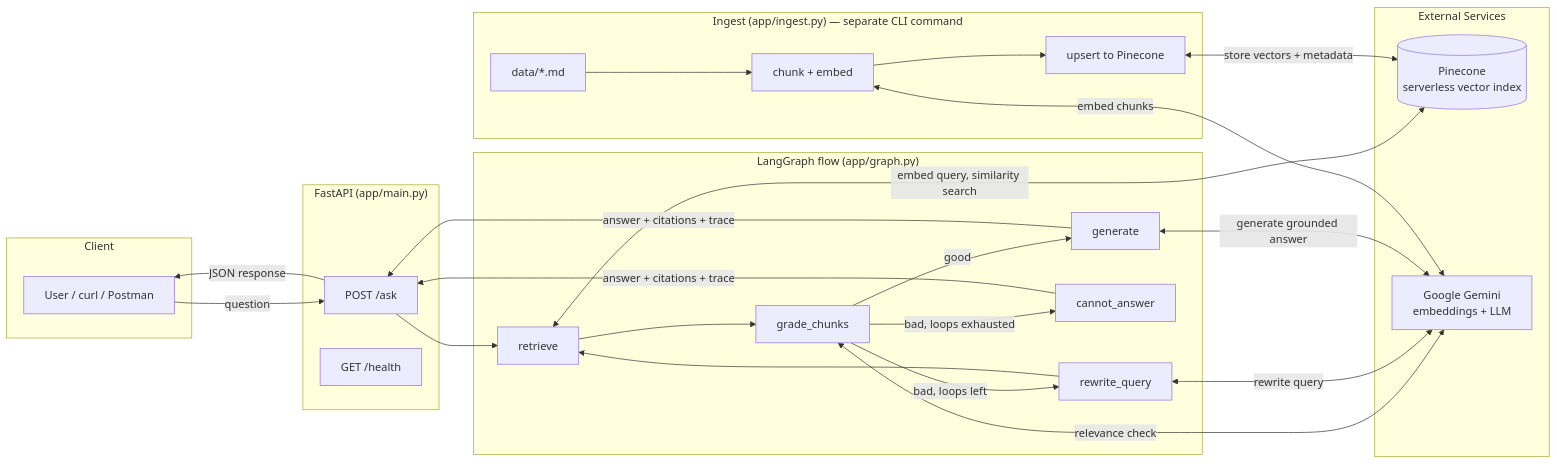
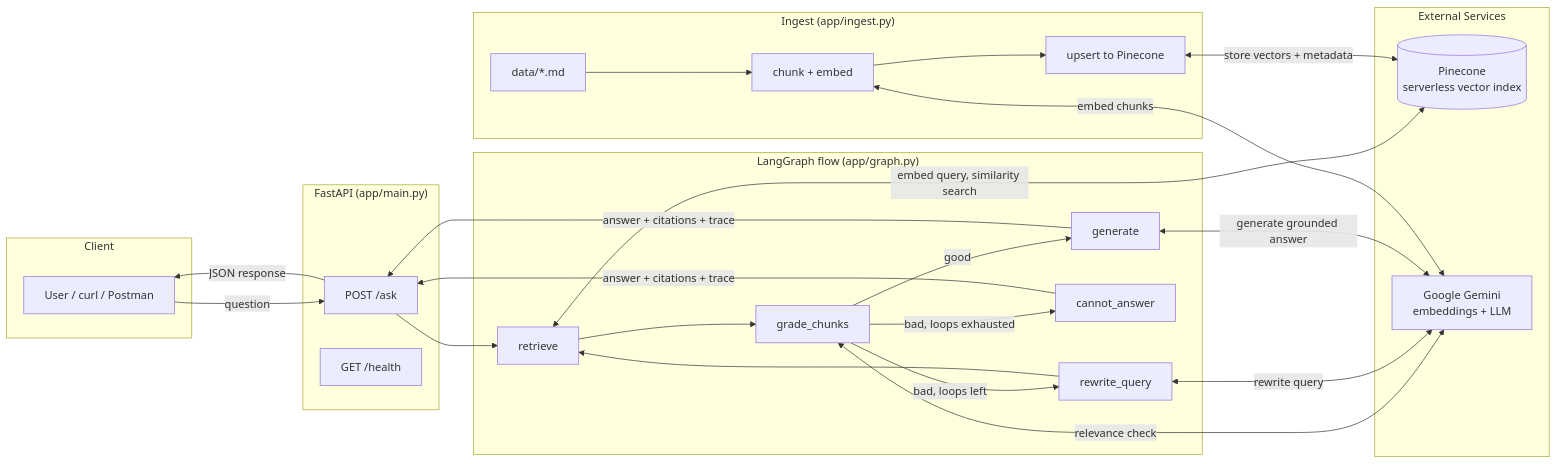
One commit to Piyushratn/agentic-rag-fastapi changed the diagram in README.md. Above: the diagram before and after it, drawn with Mermaid. The commit also changed other lines of this file, not shown here.

````diff
--- a/README.md
+++ b/README.md
@@ -38,50 +71,50 @@
 ```mermaid
 flowchart LR
     subgraph Client
         U[User / curl / Postman]
     end
 
     subgraph API["FastAPI (app/main.py)"]
         ASK["POST /ask"]
         HEALTH["GET /health"]
     end
 
     subgraph Graph["LangGraph flow (app/graph.py)"]
         R[retrieve]
         G[grade_chunks]
         RW[rewrite_query]
         GEN[generate]
         CA[cannot_answer]
         R --> G
         G -- good --> GEN
         G -- bad, loops left --> RW
         G -- bad, loops exhausted --> CA
         RW --> R
     end
 
     subgraph External Services
         PC[(Pinecone<br/>serverless vector index)]
         GEM[Google Gemini<br/>embeddings + LLM]
     end
 
-    subgraph Offline["Ingest (app/ingest.py) — separate CLI command"]
+    subgraph Offline["Ingest (app/ingest.py)"]
         DOCS[data/*.md]
         CHUNK[chunk + embed]
         UPSERT[upsert to Pinecone]
         DOCS --> CHUNK --> UPSERT
     end
 
     U -->|question| ASK
     ASK --> R
     GEN -->|answer + citations + trace| ASK
     CA -->|answer + citations + trace| ASK
     ASK -->|JSON response| U
 
     R <-->|embed query, similarity search| PC
     G <-->|relevance check| GEM
     RW <-->|rewrite query| GEM
     GEN <-->|generate grounded answer| GEM
 
     CHUNK <-->|embed chunks| GEM
     UPSERT <-->|store vectors + metadata| PC
 ```
````
